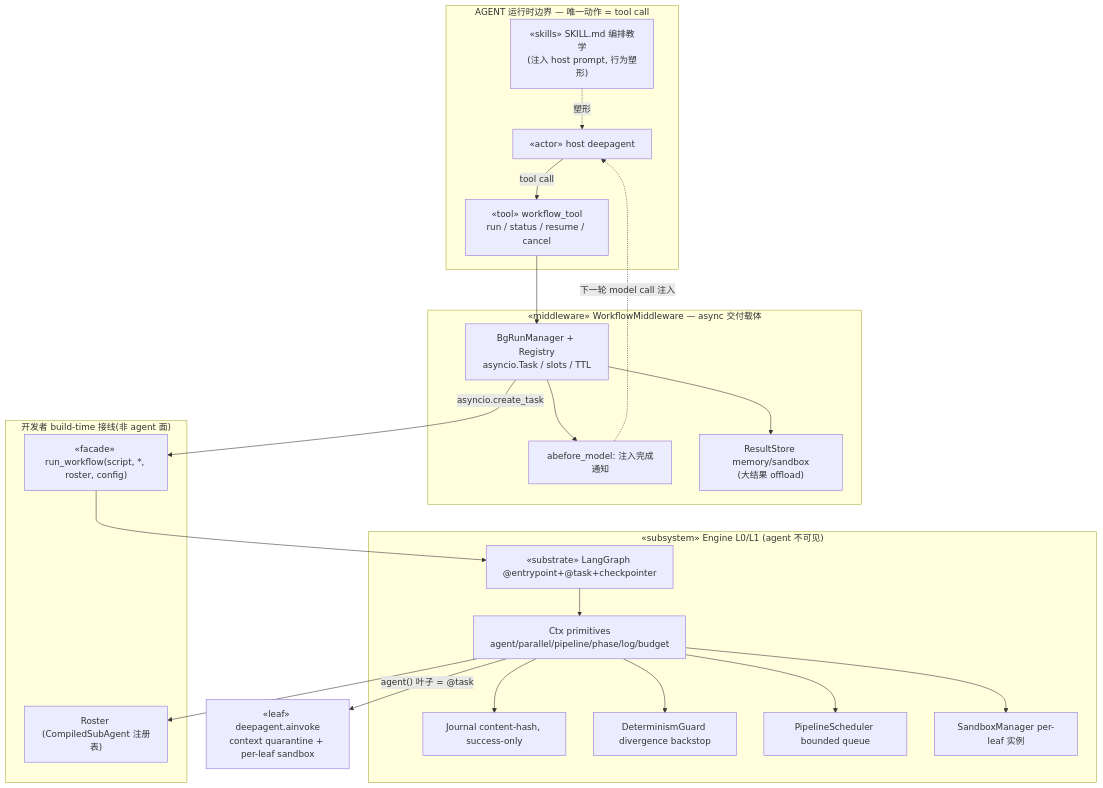
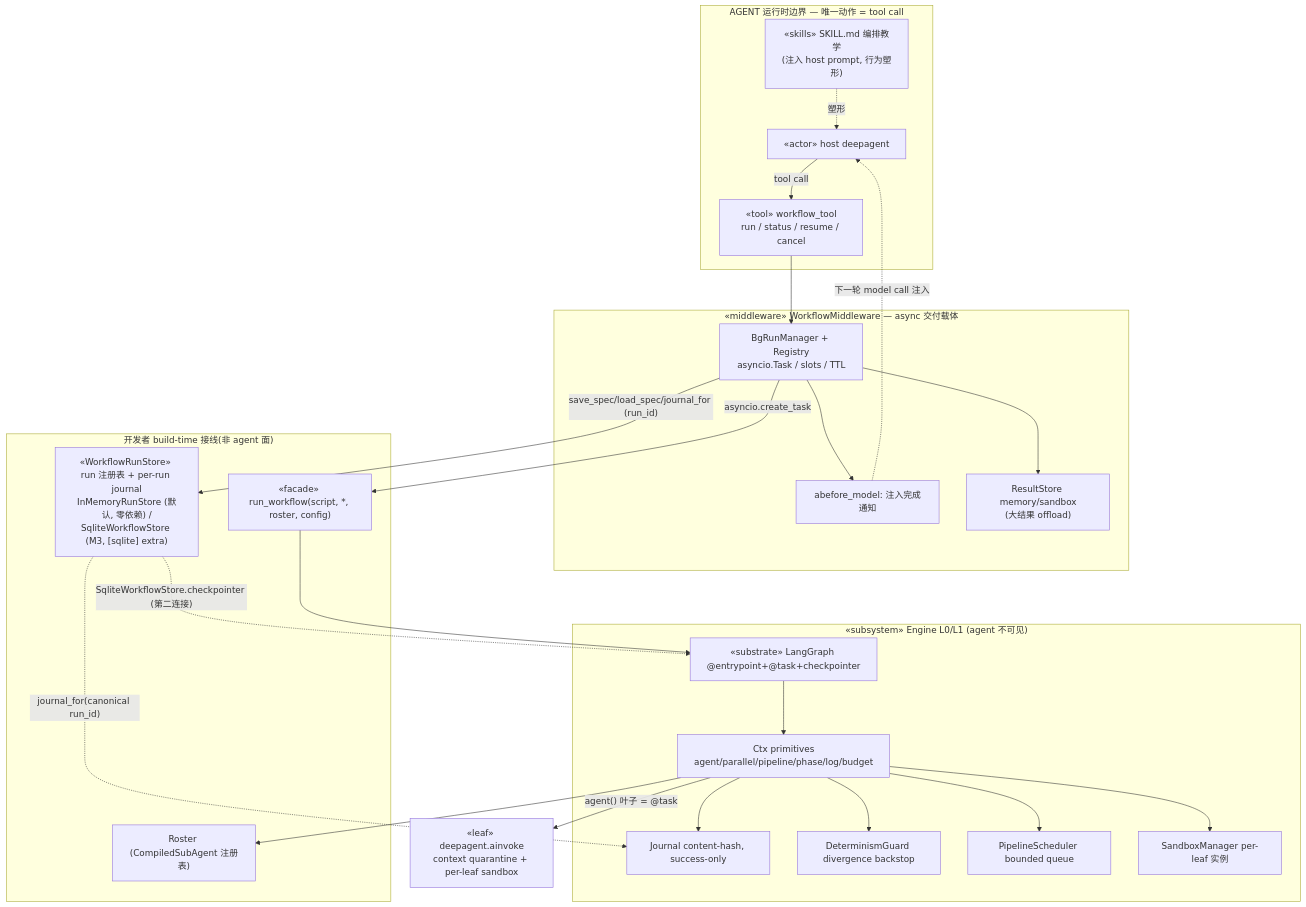
One commit to nemori-ai/langchain-dynamic-workflow changed the diagram in design_docs/uml/01-component.md. Above: the diagram before and after it, drawn with Mermaid. The commit also changed other lines of this file and 27 other files, not shown here.

````diff
--- a/design_docs/uml/01-component.md
+++ b/design_docs/uml/01-component.md
@@ -3,35 +3,39 @@
 ```mermaid
 flowchart TB
   subgraph AB["AGENT 运行时边界 — 唯一动作 = tool call"]
     HA["«actor» host deepagent"]
     SK["«skills» SKILL.md 编排教学<br/>(注入 host prompt, 行为塑形)"]
     WT["«tool» workflow_tool<br/>run / status / resume / cancel"]
     SK -. 塑形 .-> HA
     HA -- tool call --> WT
   end
   subgraph MW["«middleware» WorkflowMiddleware — async 交付载体"]
     BG["BgRunManager + Registry<br/>asyncio.Task / slots / TTL"]
     NT["abefore_model: 注入完成通知"]
     RS["ResultStore memory/sandbox<br/>(大结果 offload)"]
   end
   WT --> BG
   BG --> NT -. 下一轮 model call 注入 .-> HA
   BG --> RS
   subgraph DEV["开发者 build-time 接线(非 agent 面)"]
     RW["«facade» run_workflow(script, *, roster, config)"]
     RO["Roster (CompiledSubAgent 注册表)"]
+    ST["«WorkflowRunStore» run 注册表 + per-run journal<br/>InMemoryRunStore (默认, 零依赖) /<br/>SqliteWorkflowStore (M3, [sqlite] extra)"]
   end
   BG -- asyncio.create_task --> RW
+  BG -- "save_spec/load_spec/journal_for (run_id)" --> ST
+  ST -. "journal_for(canonical run_id)" .-> JN
+  ST -. "SqliteWorkflowStore.checkpointer (第二连接)" .-> EP
   subgraph ENG["«subsystem» Engine L0/L1 (agent 不可见)"]
     CTX["Ctx primitives<br/>agent/parallel/pipeline/phase/log/budget"]
     JN["Journal content-hash, success-only"]
     DG["DeterminismGuard divergence backstop"]
     PS["PipelineScheduler bounded queue"]
     SM["SandboxManager per-leaf 实例"]
     EP["«substrate» LangGraph @entrypoint+@task+checkpointer"]
   end
   RW --> EP --> CTX
   CTX --> JN & DG & PS & SM
   CTX --> RO
   CTX -- "agent() 叶子 = @task" --> LEAF["«leaf» deepagent.ainvoke<br/>context quarantine + per-leaf sandbox"]
 ```
````
